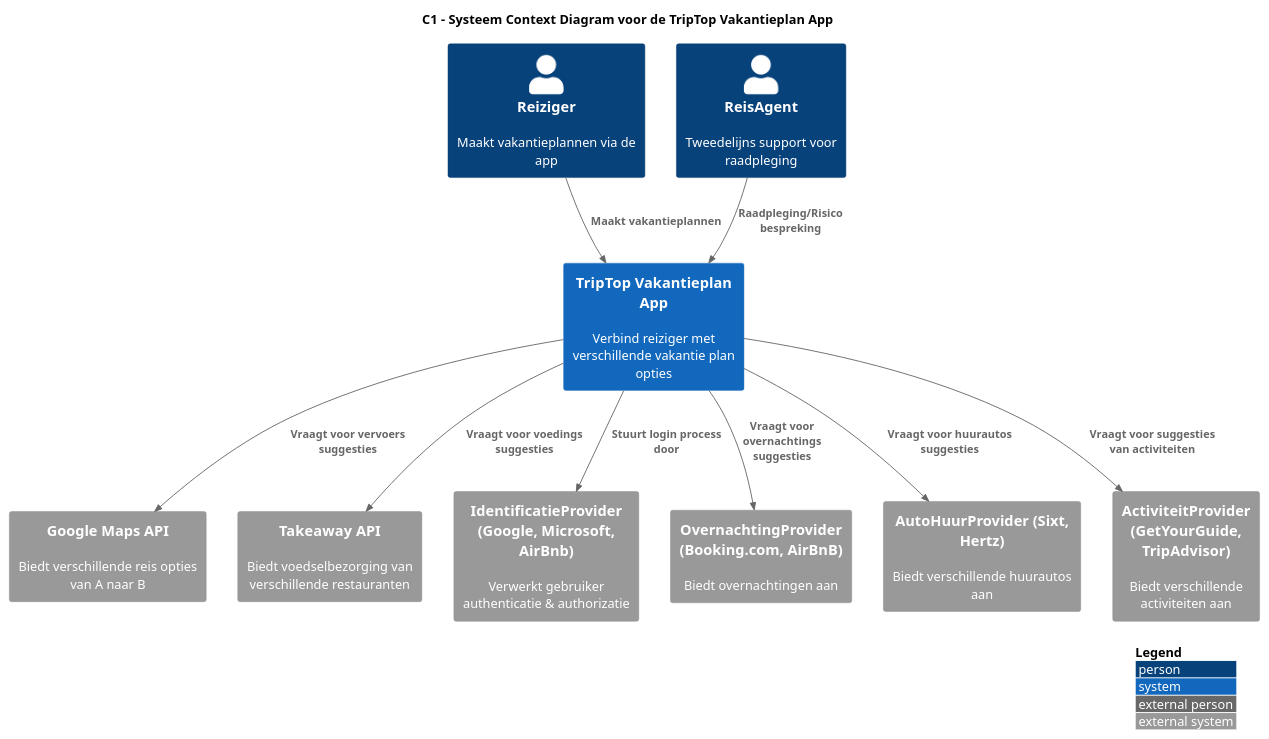
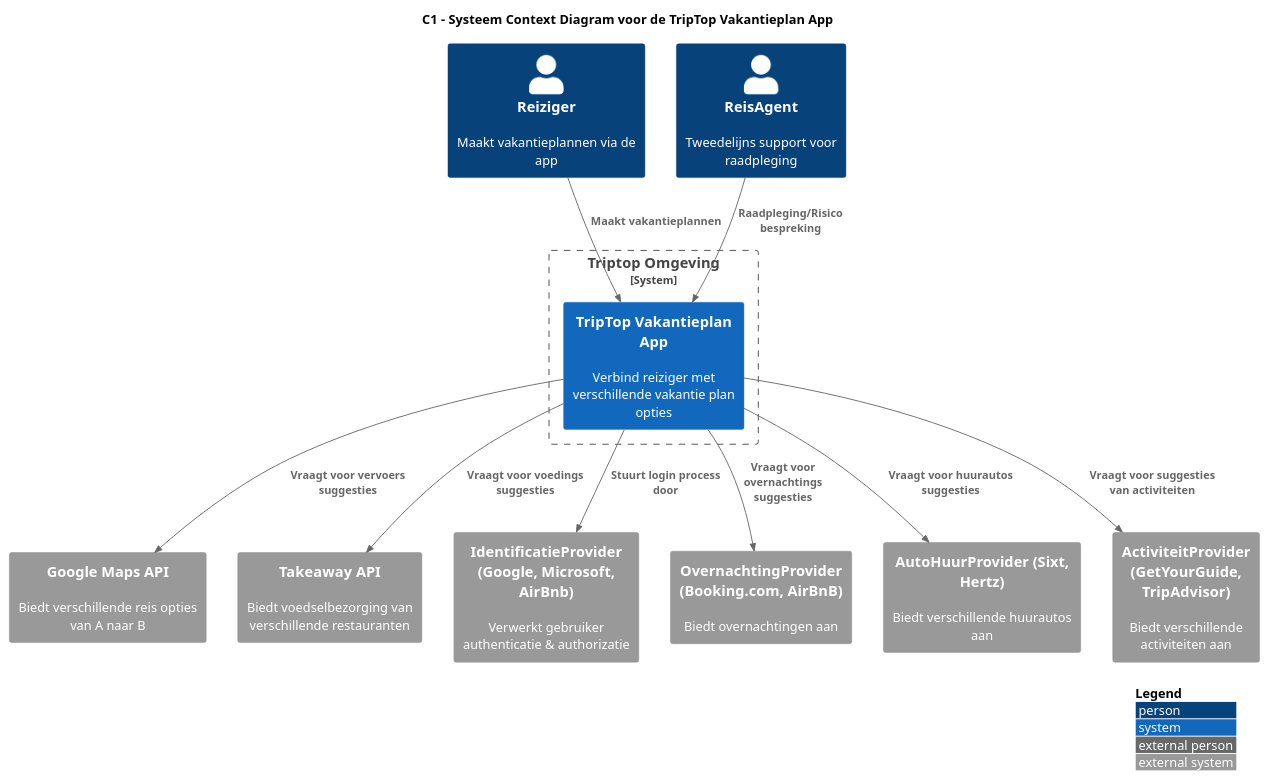
One commit to AIM-ENE-feb25/triptop-groep-3-pedro-ramon-mees changed the diagram in opdracht-diagrammen/ContextDiagram_Mees.puml. Above: the diagram before and after it, drawn with PlantUML.

Commit message:
docs: added system boundary to triptop

```diff
--- a/opdracht-diagrammen/ContextDiagram_Mees.puml
+++ b/opdracht-diagrammen/ContextDiagram_Mees.puml
@@ -1,33 +1,37 @@
 @startuml TripTop Context Diagram
 !include <C4/C4>
 !include <C4/C4_Context>
 !include https://raw.githubusercontent.com/plantuml-stdlib/C4-PlantUML/master/C4_Context.puml
 
 title C1 - Systeem Context Diagram voor de TripTop Vakantieplan App
 
 Person(reiziger, "Reiziger", "Maakt vakantieplannen via de app")
 Person(reisagent, "ReisAgent", "Tweedelijns support voor raadpleging")
 
-System(triptop, "TripTop Vakantieplan App", "Verbind reiziger met verschillende vakantie plan opties")
+
+System_Boundary(c1, "Triptop Omgeving", $tags=".") {
+    System(triptop, "TripTop Vakantieplan App", "Verbind reiziger met verschillende vakantie plan opties")
+}
+
 
 System_Ext(googleMapsAPI, "Google Maps API", "Biedt verschillende reis opties van A naar B")
 System_Ext(takeawayAPI, "Takeaway API", "Biedt voedselbezorging van verschillende restauranten")
 System_Ext(idProvider, "IdentificatieProvider (Google, Microsoft, AirBnb)", "Verwerkt gebruiker authenticatie & authorizatie")
 System_Ext(overnachtingProvider, "OvernachtingProvider (Booking.com, AirBnB)", "Biedt overnachtingen aan")
 System_Ext(autoHuurProvider, "AutoHuurProvider (Sixt, Hertz)", "Biedt verschillende huurautos aan")
 System_Ext(activiteitProvider, "ActiviteitProvider (GetYourGuide, TripAdvisor)", "Biedt verschillende activiteiten aan")
 
 Rel(reiziger, triptop, "Maakt vakantieplannen")
 Rel(reisagent, triptop, "Raadpleging/Risico bespreking")
 
 Rel(triptop, googleMapsAPI, "Vraagt voor vervoers suggesties")
 Rel(triptop, takeawayAPI, "Vraagt voor voedings suggesties")
 Rel(triptop, idProvider, "Stuurt login process door")
 Rel(triptop, overnachtingProvider, "Vraagt voor overnachtings suggesties")
 Rel(triptop, autoHuurProvider, "Vraagt voor huurautos suggesties")
 Rel(triptop, activiteitProvider, "Vraagt voor suggesties van activiteiten")
 
 SHOW_LEGEND(true)
 LAYOUT_WITH_LEGEND()
 
 @enduml
```
